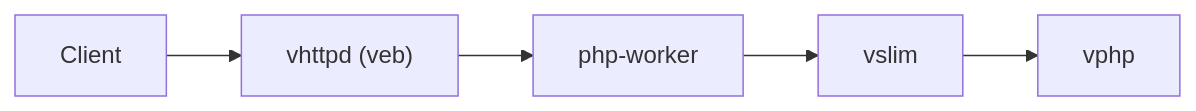
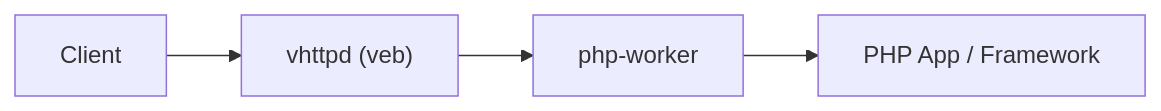
The diagram in vhttpd/README.md (guweigang/vphp), drawn with Mermaid before and after one commit. The commit also changed other lines of this file and 9 other files, not shown here.

````diff
--- a/vhttpd/README.md
+++ b/vhttpd/README.md
@@ -51,7 +40,6 @@
 ```mermaid
 flowchart LR
     A["Client"] --> B["vhttpd (veb)"]
     B --> C["php-worker"]
-    C --> D["vslim"]
-    D --> E["vphp"]
+    C --> D["PHP App / Framework"]
 ```
````
